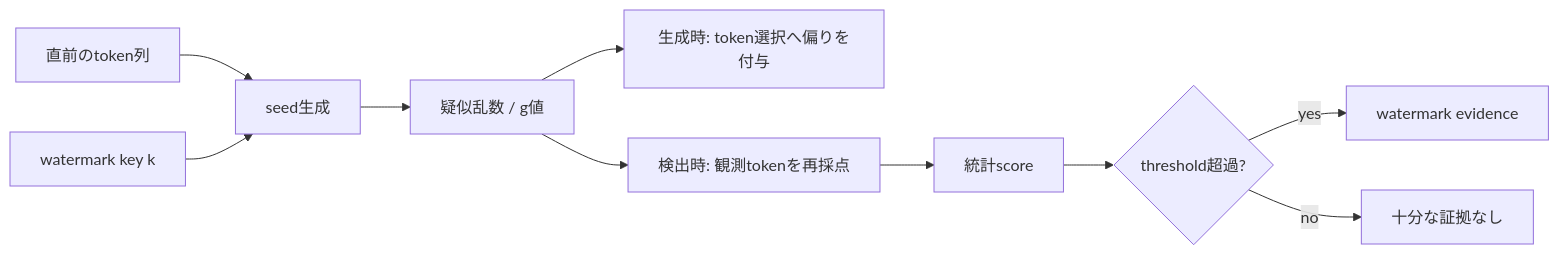
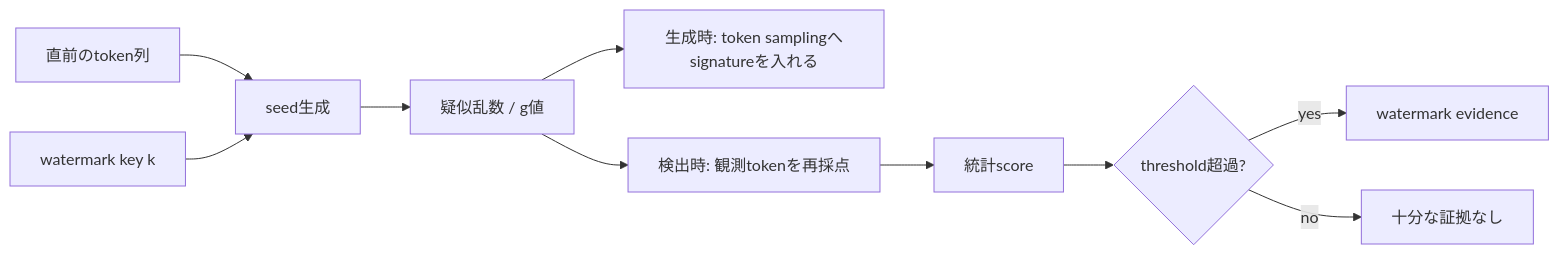
The first of 5 diagrams in articles/claude-watermark-secret-key-detection.md (KAFKA2306/articles), drawn with Mermaid before and after one commit. The commit also changed other lines of this file, not shown here.

````diff
--- a/articles/claude-watermark-secret-key-detection.md
+++ b/articles/claude-watermark-secret-key-detection.md
@@ -70,12 +81,12 @@
 ```mermaid
 flowchart LR
     A[直前のtoken列] --> C[seed生成]
     B[watermark key k] --> C
     C --> D[疑似乱数 / g値]
-    D --> E[生成時: token選択へ偏りを付与]
+    D --> E[生成時: token samplingへsignatureを入れる]
     D --> F[検出時: 観測tokenを再採点]
     F --> G[統計score]
     G --> H{threshold超過?}
     H -->|yes| I[watermark evidence]
     H -->|no| J[十分な証拠なし]
 ```
````
